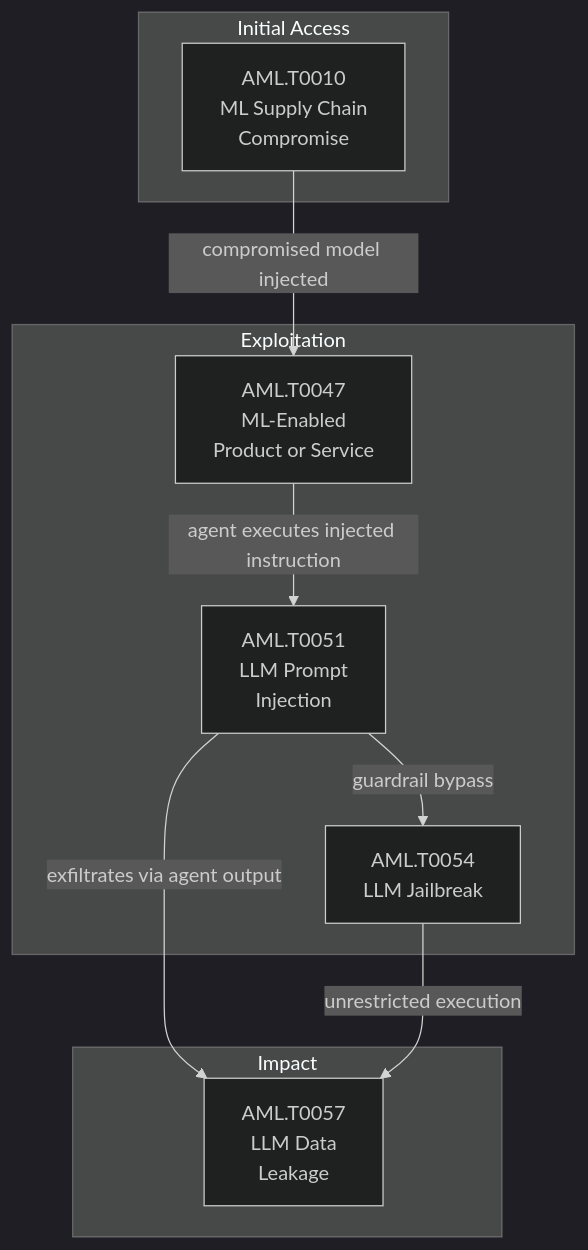
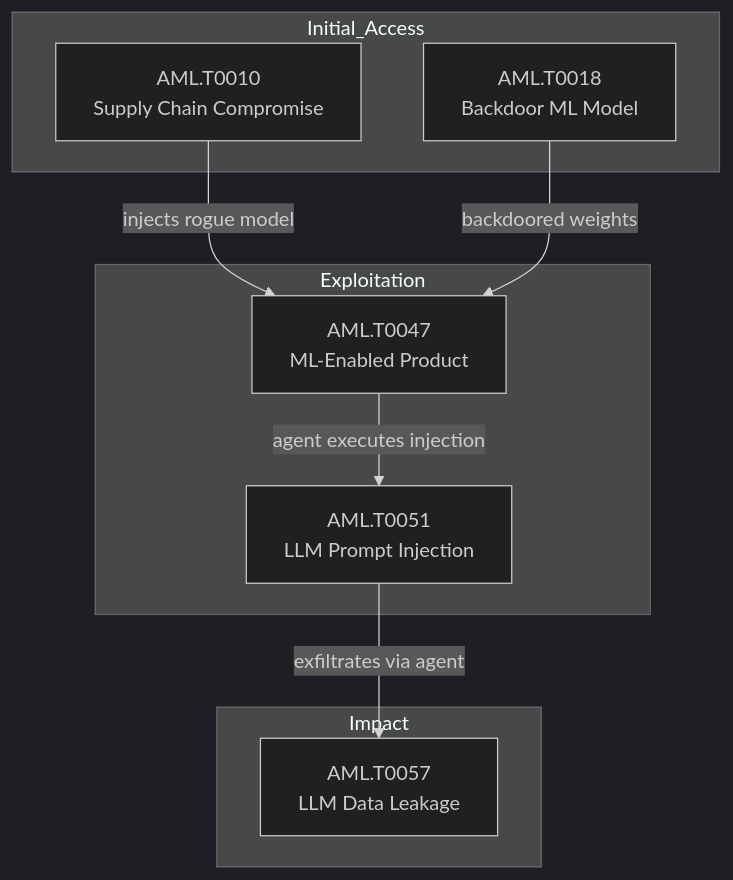
Before and after one commit to bansac1981/sentinel-ai: the diagram in hugo-site/content/deep-signal/2026-08-01-weekly-signal-report-2026w31.md, drawn with Mermaid (dark theme). The commit also changed other lines of this file and 2 other files, not shown here.

````diff
--- a/hugo-site/content/deep-signal/2026-08-01-weekly-signal-report-2026w31.md
+++ b/hugo-site/content/deep-signal/2026-08-01-weekly-signal-report-2026w31.md
@@ -270,19 +270,18 @@
 ```mermaid
 flowchart TD
-    subgraph Initial Access
-        T0010[AML.T0010<br/>ML Supply Chain<br/>Compromise]
+    subgraph Initial_Access
+        T0010[AML.T0010<br/>Supply Chain Compromise]
+        T0018[AML.T0018<br/>Backdoor ML Model]
     end
     subgraph Exploitation
-        T0047[AML.T0047<br/>ML-Enabled<br/>Product or Service]
-        T0051[AML.T0051<br/>LLM Prompt<br/>Injection]
-        T0054[AML.T0054<br/>LLM Jailbreak]
+        T0047[AML.T0047<br/>ML-Enabled Product]
+        T0051[AML.T0051<br/>LLM Prompt Injection]
     end
     subgraph Impact
-        T0057[AML.T0057<br/>LLM Data<br/>Leakage]
+        T0057[AML.T0057<br/>LLM Data Leakage]
     end
-    T0010 -->|compromised model injected| T0047
-    T0047 -->|agent executes injected instruction| T0051
-    T0051 -->|guardrail bypass| T0054
-    T0051 -->|exfiltrates via agent output| T0057
-    T0054 -->|unrestricted execution| T0057
+    T0010 -->|injects rogue model| T0047
+    T0018 -->|backdoored weights| T0047
+    T0047 -->|agent executes injection| T0051
+    T0051 -->|exfiltrates via agent| T0057
 ```
````
